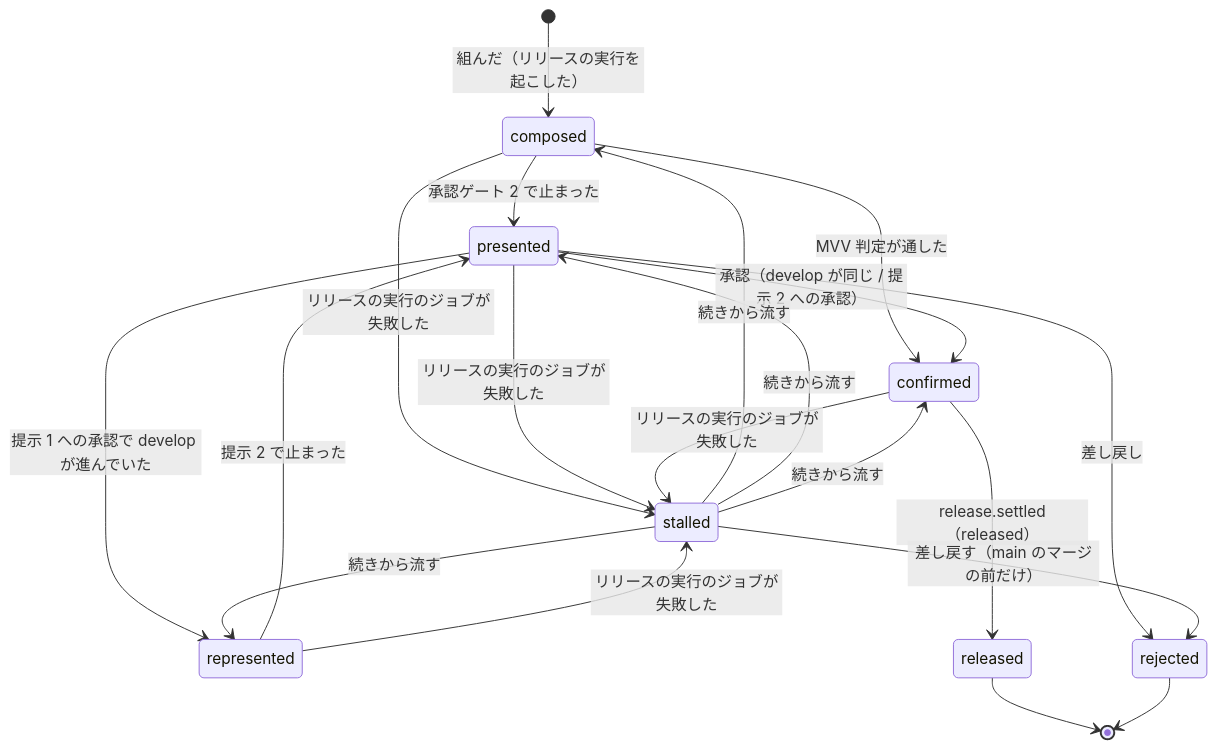
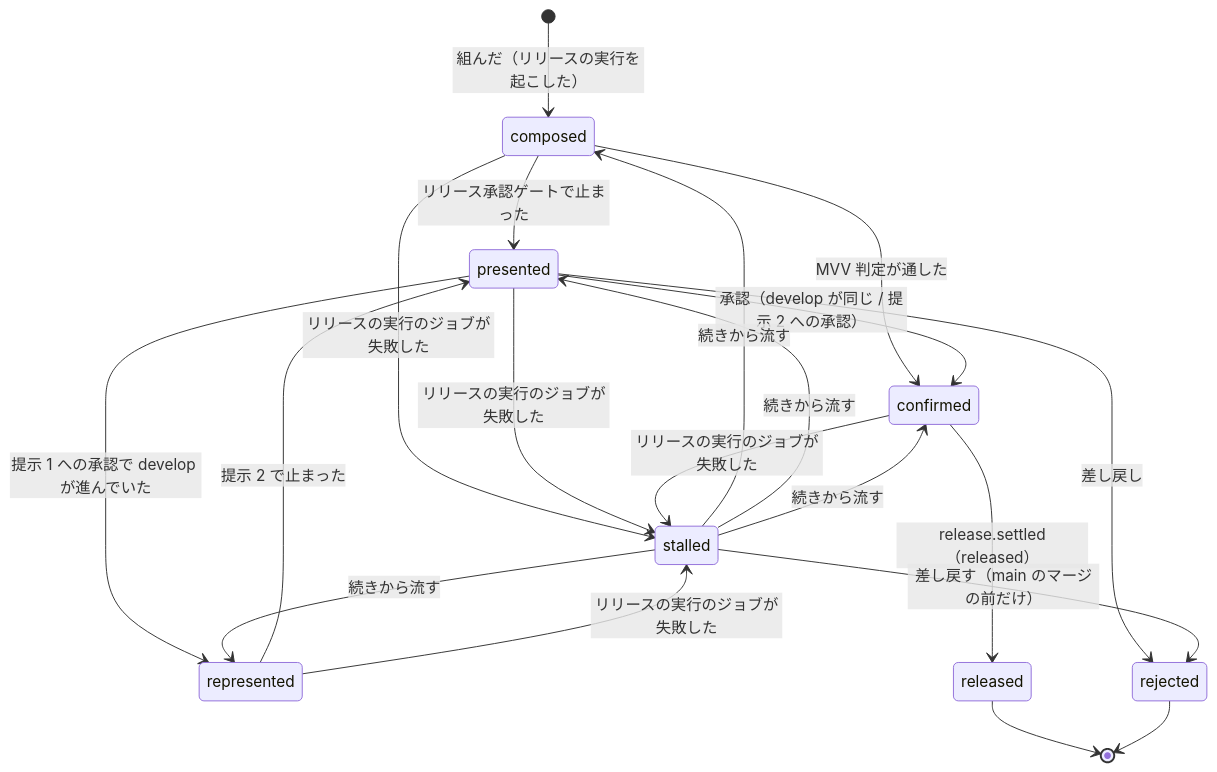
The second of 3 diagrams in docs/specifications/ndf-factory-organizer.md (devbasex/ai-plugins), drawn with Mermaid before and after one commit. The commit also changed other lines of this file and 96 other files, not shown here.

````diff
--- a/docs/specifications/ndf-factory-organizer.md
+++ b/docs/specifications/ndf-factory-organizer.md
@@ -141,22 +141,22 @@
 ```mermaid
 stateDiagram-v2
     [*] --> composed: 組んだ（リリースの実行を起こした）
-    composed --> presented: 承認ゲート 2 で止まった
+    composed --> presented: リリース承認ゲートで止まった
     composed --> confirmed: MVV 判定が通した
     presented --> confirmed: 承認（develop が同じ / 提示 2 への承認）
     presented --> represented: 提示 1 への承認で develop が進んでいた
     represented --> presented: 提示 2 で止まった
     presented --> rejected: 差し戻し
     confirmed --> released: release.settled（released）
     composed --> stalled: リリースの実行のジョブが失敗した
     presented --> stalled: リリースの実行のジョブが失敗した
     represented --> stalled: リリースの実行のジョブが失敗した
     confirmed --> stalled: リリースの実行のジョブが失敗した
     stalled --> composed: 続きから流す
     stalled --> presented: 続きから流す
     stalled --> represented: 続きから流す
     stalled --> confirmed: 続きから流す
     stalled --> rejected: 差し戻す（main のマージの前だけ）
     released --> [*]
     rejected --> [*]
 ```
````
